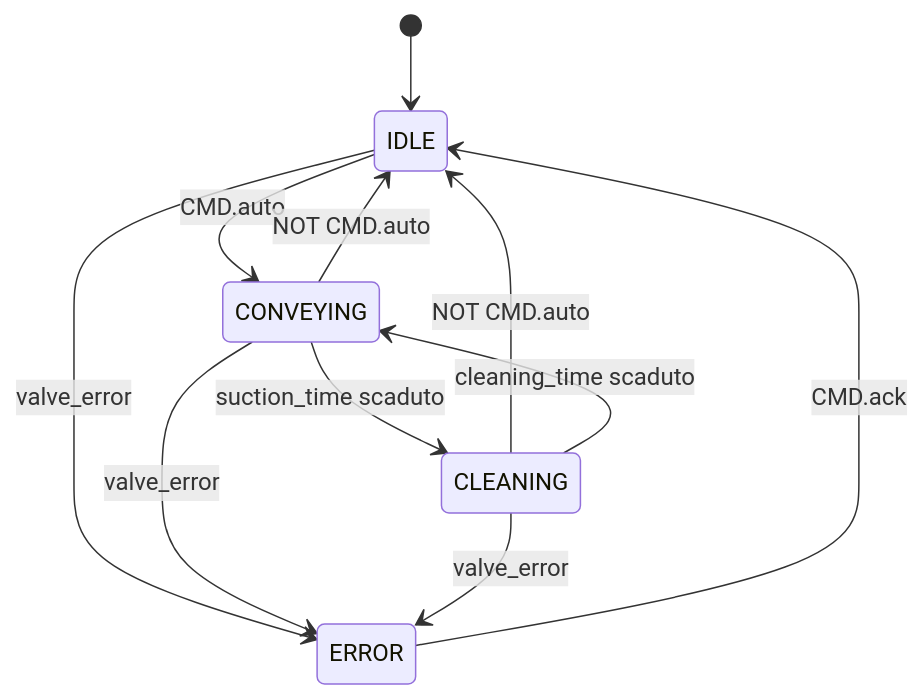
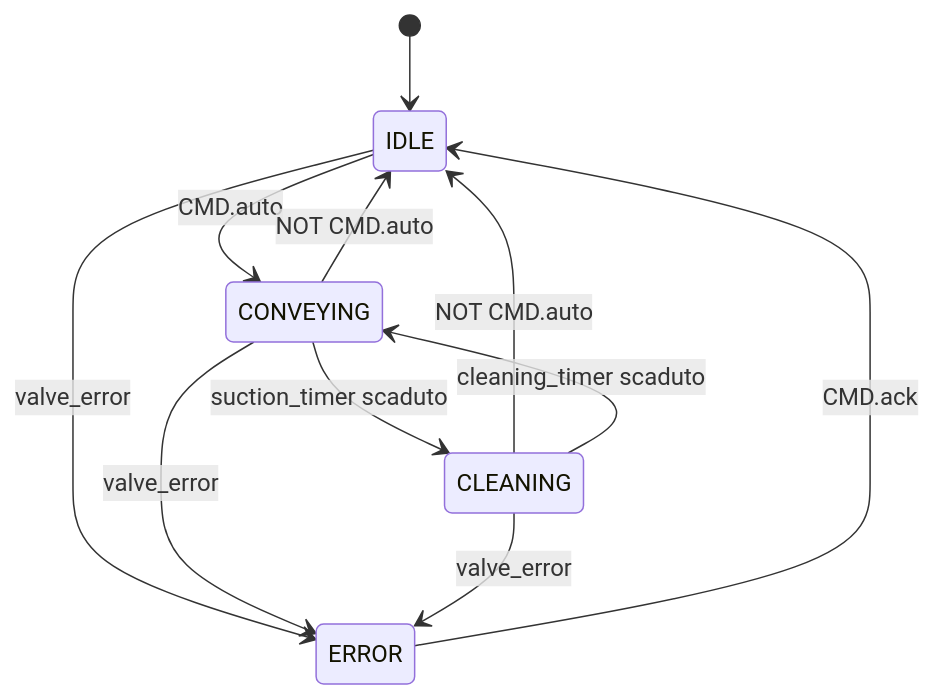
Before and after one commit to AleFire99/TIA_knowledge: the second of 2 diagrams in docs/library/nolvac/index.it.md, drawn with Mermaid. The commit also changed other lines of this file and 69 other files, not shown here.

````diff
--- a/docs/library/nolvac/index.it.md
+++ b/docs/library/nolvac/index.it.md
@@ -106,17 +109,17 @@
 ```mermaid
 stateDiagram-v2
     [*] --> IDLE
 
     IDLE --> CONVEYING : CMD.auto
     IDLE --> ERROR : valve_error
 
     CONVEYING --> IDLE : NOT CMD.auto
-    CONVEYING --> CLEANING : suction_time scaduto
+    CONVEYING --> CLEANING : suction_timer scaduto
     CONVEYING --> ERROR : valve_error
 
     CLEANING --> IDLE : NOT CMD.auto
-    CLEANING --> CONVEYING : cleaning_time scaduto
+    CLEANING --> CONVEYING : cleaning_timer scaduto
     CLEANING --> ERROR : valve_error
 
     ERROR --> IDLE : CMD.ack
 ```
````
